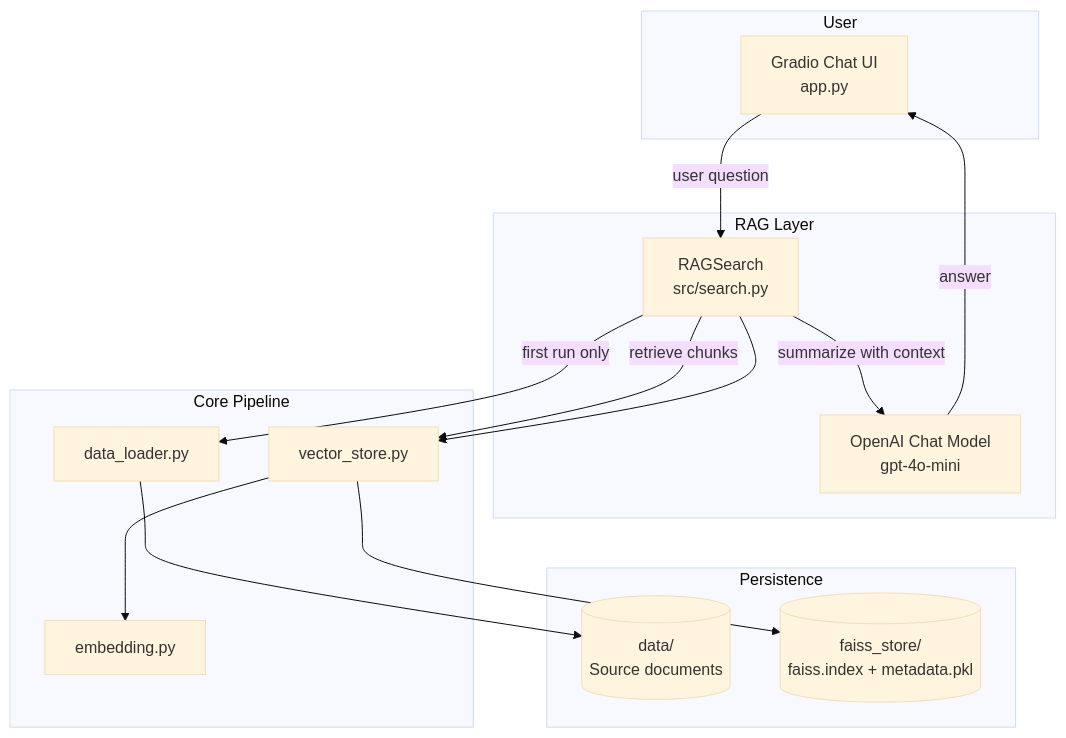
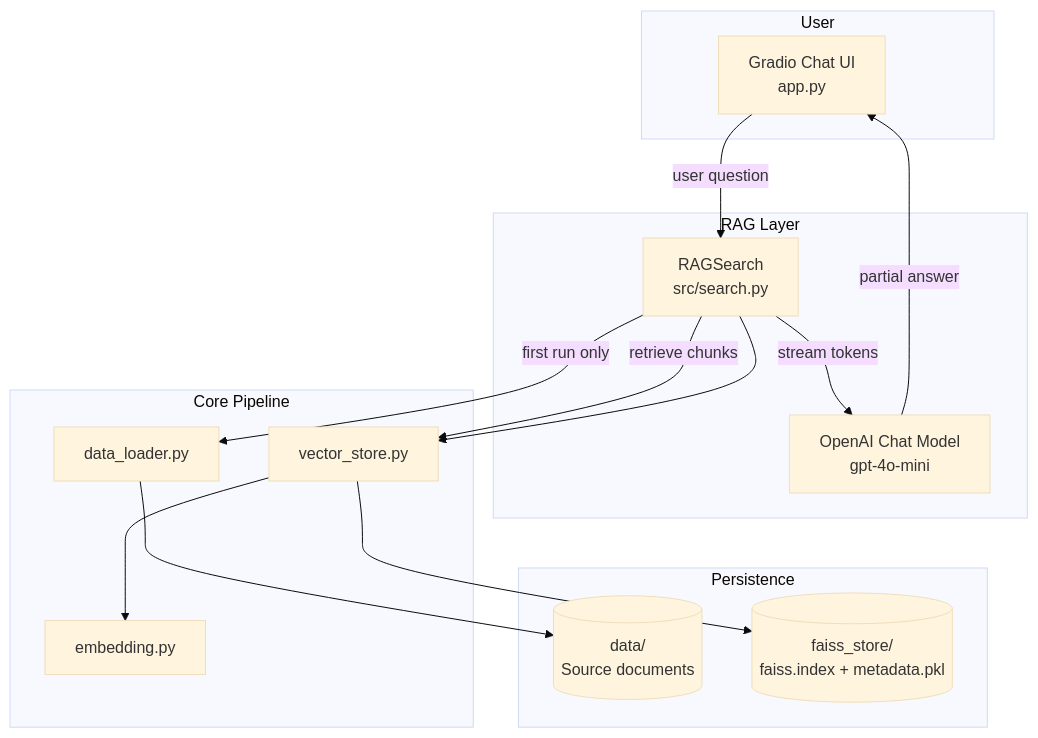
Before and after one commit to bharathsp/rag_faiss_allMiniLM: the first of 4 diagrams in README.md, drawn with Mermaid (base theme). The commit also changed other lines of this file and 8 other files, not shown here.

````diff
--- a/README.md
+++ b/README.md
@@ -16,33 +16,33 @@
 ```mermaid
 flowchart TB
     subgraph User["User"]
         UI[Gradio Chat UI<br/>app.py]
     end
 
     subgraph RAG["RAG Layer"]
         RS[RAGSearch<br/>src/search.py]
         LLM[OpenAI Chat Model<br/>gpt-4o-mini]
     end
 
     subgraph Storage["Persistence"]
         DATA[(data/<br/>Source documents)]
         FAISS[(faiss_store/<br/>faiss.index + metadata.pkl)]
     end
 
     subgraph Core["Core Pipeline"]
         DL[data_loader.py]
         EP[embedding.py]
         VS[vector_store.py]
     end
 
     UI -->|user question| RS
     RS -->|retrieve chunks| VS
-    RS -->|summarize with context| LLM
-    LLM -->|answer| UI
+    RS -->|stream tokens| LLM
+    LLM -->|partial answer| UI
 
     RS --> VS
     VS --> EP
     VS --> FAISS
     DL --> DATA
     RS -->|first run only| DL
 ```
````
